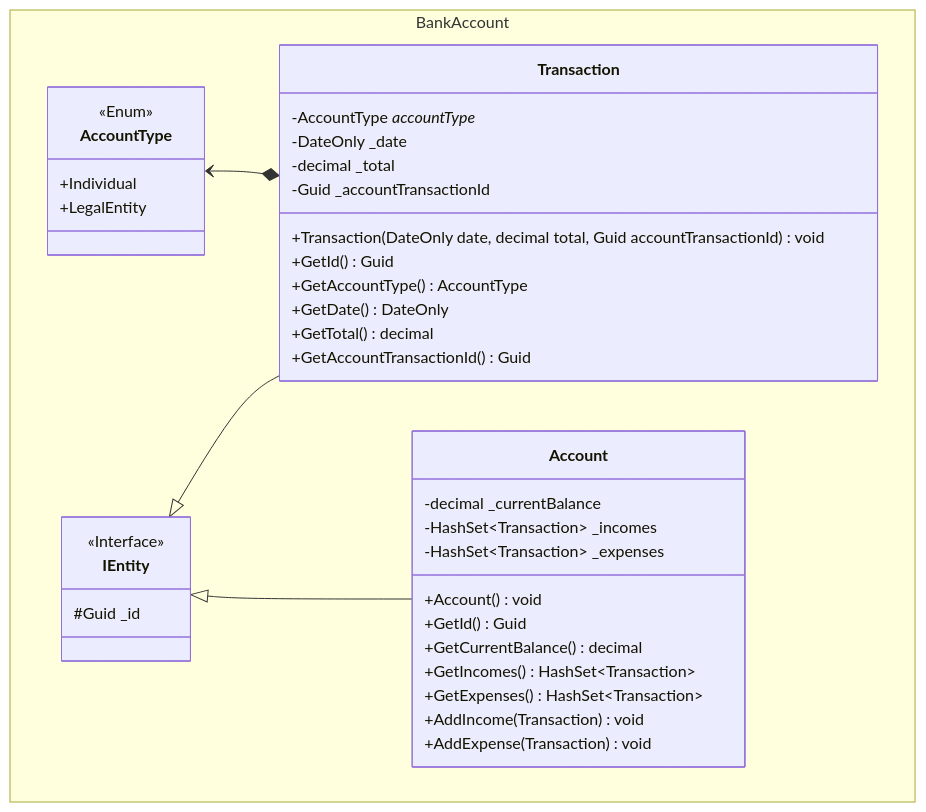
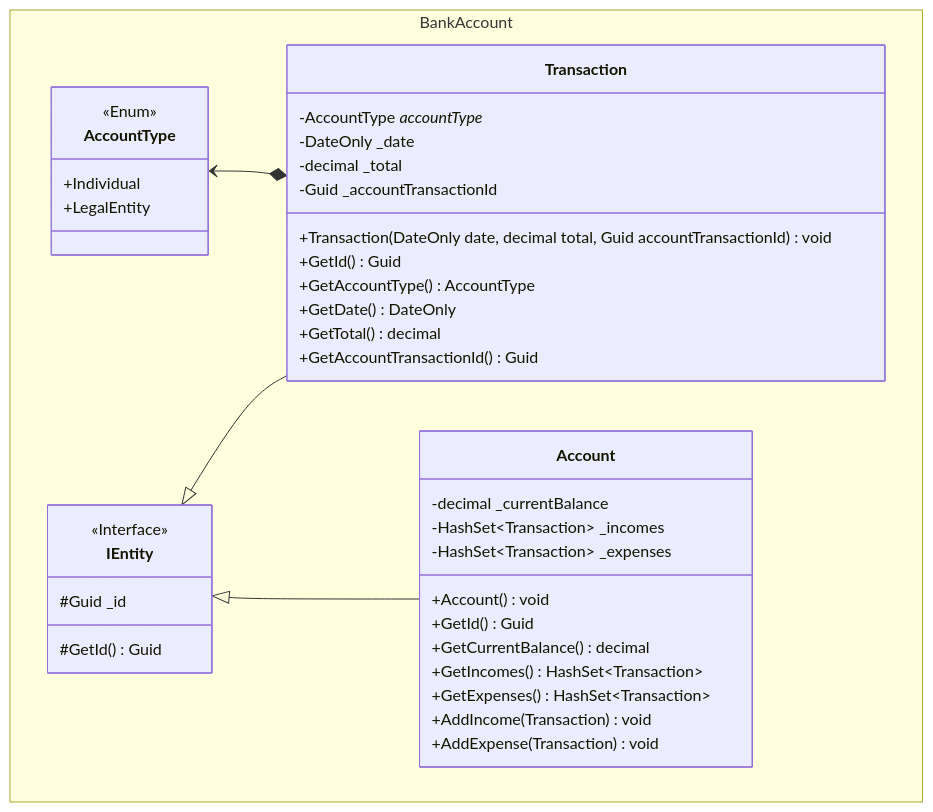
Before and after one commit to normalman101/Business-BS: the first of 2 diagrams in README.md, drawn with Mermaid. The commit also changed other lines of this file, not shown here.

````diff
--- a/README.md
+++ b/README.md
@@ -1,44 +1,45 @@
 ```mermaid
 classDiagram
     namespace BankAccount {
         class IEntity {
             <<Interface>>
             #Guid _id
+            #GetId() Guid
         }
 
         class AccountType {
             <<Enum>>
             +Individual
             +LegalEntity
         }
 
         class Transaction {
             -AccountType _accountType_
             -DateOnly _date
             -decimal _total
             -Guid _accountTransactionId
             +Transaction(DateOnly date, decimal total, Guid accountTransactionId) void
             +GetId() Guid
             +GetAccountType() AccountType
             +GetDate() DateOnly
             +GetTotal() decimal
             +GetAccountTransactionId() Guid
         }
 
         class Account {
             -decimal _currentBalance
             -HashSet~Transaction~ _incomes
             -HashSet~Transaction~ _expenses
             +Account() void
             +GetId() Guid
             +GetCurrentBalance() decimal
             +GetIncomes() HashSet~Transaction~
             +GetExpenses() HashSet~Transaction~
             +AddIncome(Transaction) void
             +AddExpense(Transaction) void
         }
     }
     AccountType <--* Transaction
     IEntity <|-- Transaction
     IEntity <|-- Account
 ```
````
